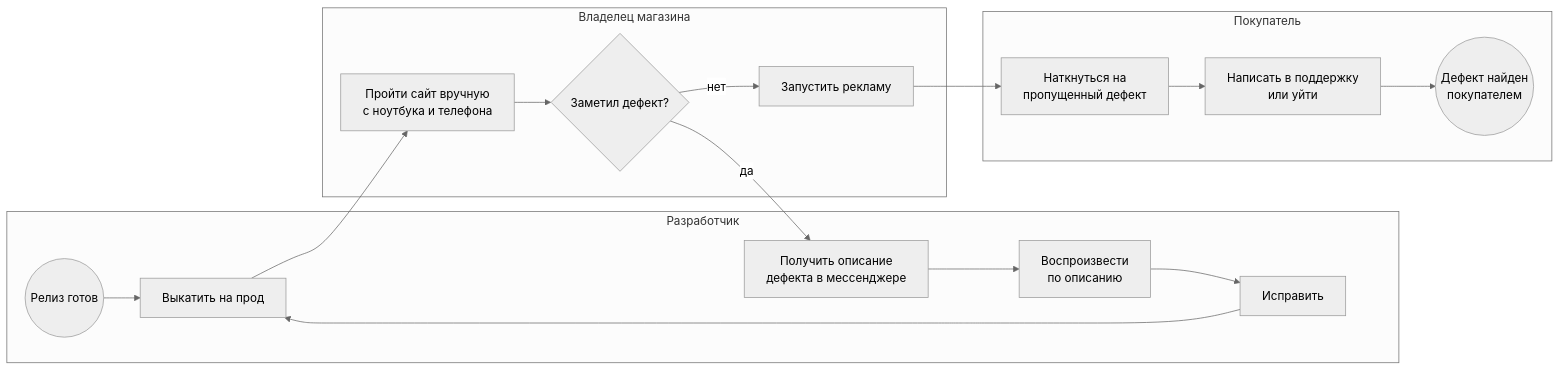
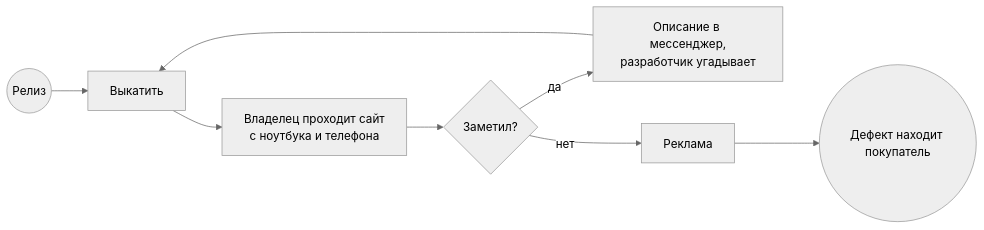
One commit to Georgy213123/ai-product-engineering changed the first of 2 diagrams in projects/02-shopprobe/docs/02-analysis/processes.md. Above: the diagram before and after it, drawn with Mermaid (neutral theme). The commit also changed other lines of this file and 17 other files, not shown here.

````diff
--- a/projects/02-shopprobe/docs/02-analysis/processes.md
+++ b/projects/02-shopprobe/docs/02-analysis/processes.md
@@ -10,18 +7,8 @@
 ```mermaid
 flowchart LR
-  subgraph DEV[Разработчик]
-    A((Релиз готов)) --> B[Выкатить на прод]
-    G[Получить описание<br>дефекта в мессенджере] --> H[Воспроизвести<br>по описанию] --> I[Исправить]
-  end
-  subgraph OWN[Владелец магазина]
-    C[Пройти сайт вручную<br>с ноутбука и телефона] --> D{Заметил дефект?}
-    E[Запустить рекламу]
-  end
-  subgraph BUY[Покупатель]
-    F[Наткнуться на<br>пропущенный дефект] --> J[Написать в поддержку<br>или уйти] --> K((Дефект найден<br>покупателем))
-  end
-  B --> C
-  D -- да --> G
-  I --> B
-  D -- нет --> E --> F
+  A((Релиз)) --> B[Выкатить]
+  B --> C[Владелец проходит сайт<br>с ноутбука и телефона]
+  C --> D{Заметил?}
+  D -- да --> G[Описание в мессенджер,<br>разработчик угадывает] --> B
+  D -- нет --> E[Реклама] --> F((Дефект находит покупатель))
 ```
````
